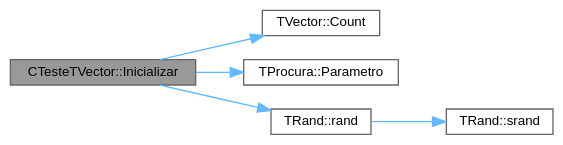
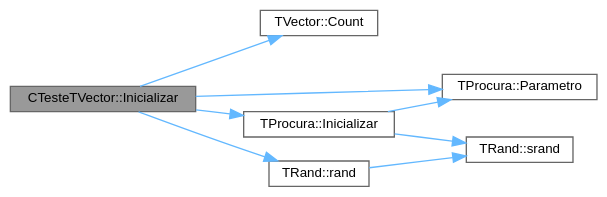
One commit to jcoelho72/TProcura changed the diagram in classCTesteTVector_ac0189d925fb44fbc3b2d0aad7660f528_cgraph.dot. Above: the diagram before and after it, drawn with Graphviz. The commit also changed 224 other files, not shown here.

```diff
--- a/classCTesteTVector_ac0189d925fb44fbc3b2d0aad7660f528_cgraph.dot
+++ b/classCTesteTVector_ac0189d925fb44fbc3b2d0aad7660f528_cgraph.dot
@@ -1,17 +1,21 @@
 digraph "CTesteTVector::Inicializar"
 {
  // LATEX_PDF_SIZE
   bgcolor="transparent";
   edge [fontname=Helvetica,fontsize=10,labelfontname=Helvetica,labelfontsize=10];
   node [fontname=Helvetica,fontsize=10,shape=box,height=0.2,width=0.4];
   rankdir="LR";
   Node1 [id="Node000001",label="CTesteTVector::Inicializar",height=0.2,width=0.4,color="gray40", fillcolor="grey60", style="filled", fontcolor="black",tooltip="Inicializa dados e estado para teste."];
   Node1 -> Node2 [id="edge1_Node000001_Node000002",color="steelblue1",style="solid",tooltip=" "];
   Node2 [id="Node000002",label="TVector::Count",height=0.2,width=0.4,color="grey40", fillcolor="white", style="filled",URL="$classTVector.html#ac3c744d84543ca6e32859eb7dfccfeef",tooltip=" "];
   Node1 -> Node3 [id="edge2_Node000001_Node000003",color="steelblue1",style="solid",tooltip=" "];
-  Node3 [id="Node000003",label="TProcura::Parametro",height=0.2,width=0.4,color="grey40", fillcolor="white", style="filled",URL="$classTProcura.html#a0e9e692f29af8a5d5279a8647c800437",tooltip=" "];
-  Node1 -> Node4 [id="edge3_Node000001_Node000004",color="steelblue1",style="solid",tooltip=" "];
-  Node4 [id="Node000004",label="TRand::rand",height=0.2,width=0.4,color="grey40", fillcolor="white", style="filled",URL="$namespaceTRand.html#a8f8ec155d796c5586198ac75eb966d4f",tooltip="Retorna o próximo valor pseudo-aleatório."];
-  Node4 -> Node5 [id="edge4_Node000004_Node000005",color="steelblue1",style="solid",tooltip=" "];
+  Node3 [id="Node000003",label="TProcura::Inicializar",height=0.2,width=0.4,color="grey40", fillcolor="white", style="filled",URL="$classTProcura.html#a1af0e64ed79d99972d8d48fadf839f43",tooltip="Coloca o objecto no estado inicial da procura."];
+  Node3 -> Node4 [id="edge3_Node000003_Node000004",color="steelblue1",style="solid",tooltip=" "];
+  Node4 [id="Node000004",label="TProcura::Parametro",height=0.2,width=0.4,color="grey40", fillcolor="white", style="filled",URL="$classTProcura.html#a0e9e692f29af8a5d5279a8647c800437",tooltip=" "];
+  Node3 -> Node5 [id="edge4_Node000003_Node000005",color="steelblue1",style="solid",tooltip=" "];
   Node5 [id="Node000005",label="TRand::srand",height=0.2,width=0.4,color="grey40", fillcolor="white", style="filled",URL="$namespaceTRand.html#ad0b319d6f58ab6820b001b4e3d3ae245",tooltip="Inicializa a semente da geração pseudo-aleatória."];
+  Node1 -> Node4 [id="edge5_Node000001_Node000004",color="steelblue1",style="solid",tooltip=" "];
+  Node1 -> Node6 [id="edge6_Node000001_Node000006",color="steelblue1",style="solid",tooltip=" "];
+  Node6 [id="Node000006",label="TRand::rand",height=0.2,width=0.4,color="grey40", fillcolor="white", style="filled",URL="$namespaceTRand.html#a8f8ec155d796c5586198ac75eb966d4f",tooltip="Retorna o próximo valor pseudo-aleatório."];
+  Node6 -> Node5 [id="edge7_Node000006_Node000005",color="steelblue1",style="solid",tooltip=" "];
 }
```
